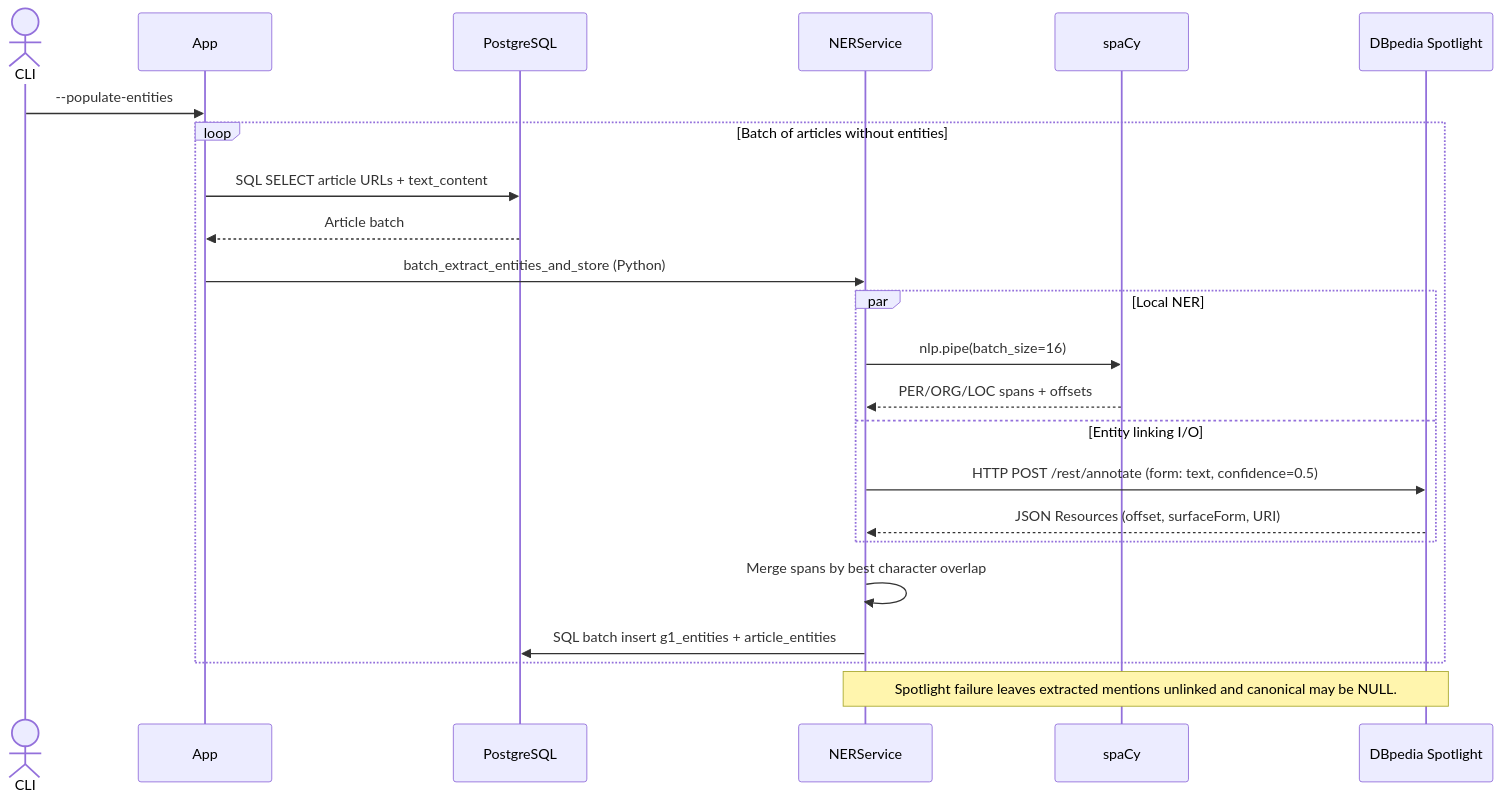
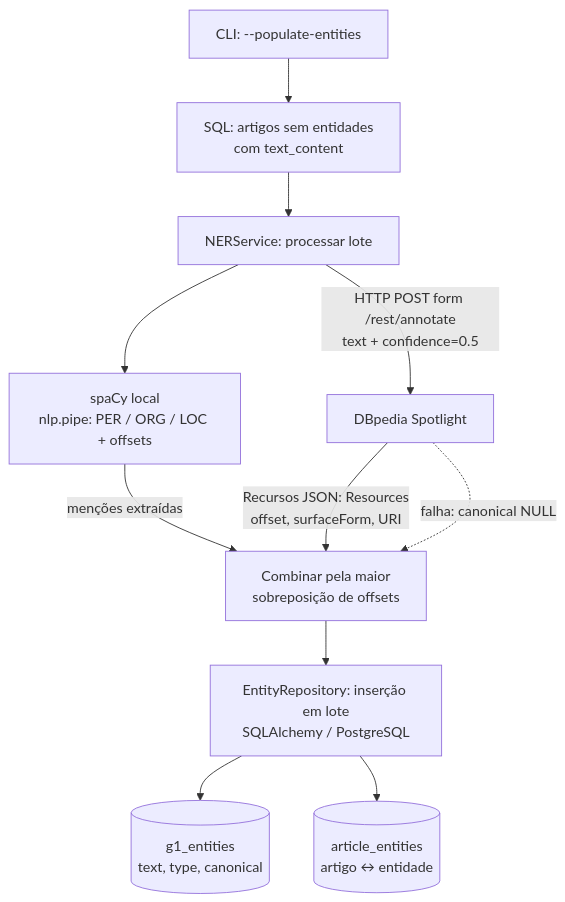
One commit to rafaelsalb/tcc changed the third of 5 diagrams in docs/fluxos_modulos_tecnicos.md. Above: the diagram before and after it, drawn with Mermaid. The commit also changed other lines of this file and 25 other files, not shown here.

````diff
--- a/docs/fluxos_modulos_tecnicos.md
+++ b/docs/fluxos_modulos_tecnicos.md
@@ -87,26 +87,13 @@
 ```mermaid
-sequenceDiagram
-    actor CLI
-    participant App
-    participant DB as PostgreSQL
-    participant NER as NERService
-    participant spaCy
-    participant Spotlight as DBpedia Spotlight
-
-    CLI->>App: --populate-entities
-    loop Batch of articles without entities
-        App->>DB: SQL SELECT article URLs + text_content
-        DB-->>App: Article batch
-        App->>NER: batch_extract_entities_and_store (Python)
-        par Local NER
-            NER->>spaCy: nlp.pipe(batch_size=16)
-            spaCy-->>NER: PER/ORG/LOC spans + offsets
-        and Entity linking I/O
-            NER->>Spotlight: HTTP POST /rest/annotate (form: text, confidence=0.5)
-            Spotlight-->>NER: JSON Resources (offset, surfaceForm, URI)
-        end
-        NER->>NER: Merge spans by best character overlap
-        NER->>DB: SQL batch insert g1_entities + article_entities
-    end
-    Note over NER,Spotlight: Spotlight failure leaves extracted mentions unlinked and canonical may be NULL.
+flowchart TB
+    cli[CLI: --populate-entities] --> select_articles[SQL: artigos sem entidades<br/>com text_content]
+    select_articles --> ner[NERService: processar lote]
+    ner --> spacy[spaCy local<br/>nlp.pipe: PER / ORG / LOC + offsets]
+    ner -->|HTTP POST form /rest/annotate<br/>text + confidence=0.5| spotlight[DBpedia Spotlight]
+    spacy -->|menções extraídas| merge[Combinar pela maior<br/>sobreposição de offsets]
+    spotlight -->|Recursos JSON: Resources<br/>offset, surfaceForm, URI| merge
+    spotlight -.->|falha: canonical NULL| merge
+    merge --> persist[EntityRepository: inserção em lote<br/>SQLAlchemy / PostgreSQL]
+    persist --> entities[(g1_entities<br/>text, type, canonical)]
+    persist --> links[(article_entities<br/>artigo ↔ entidade)]
 ```
````
